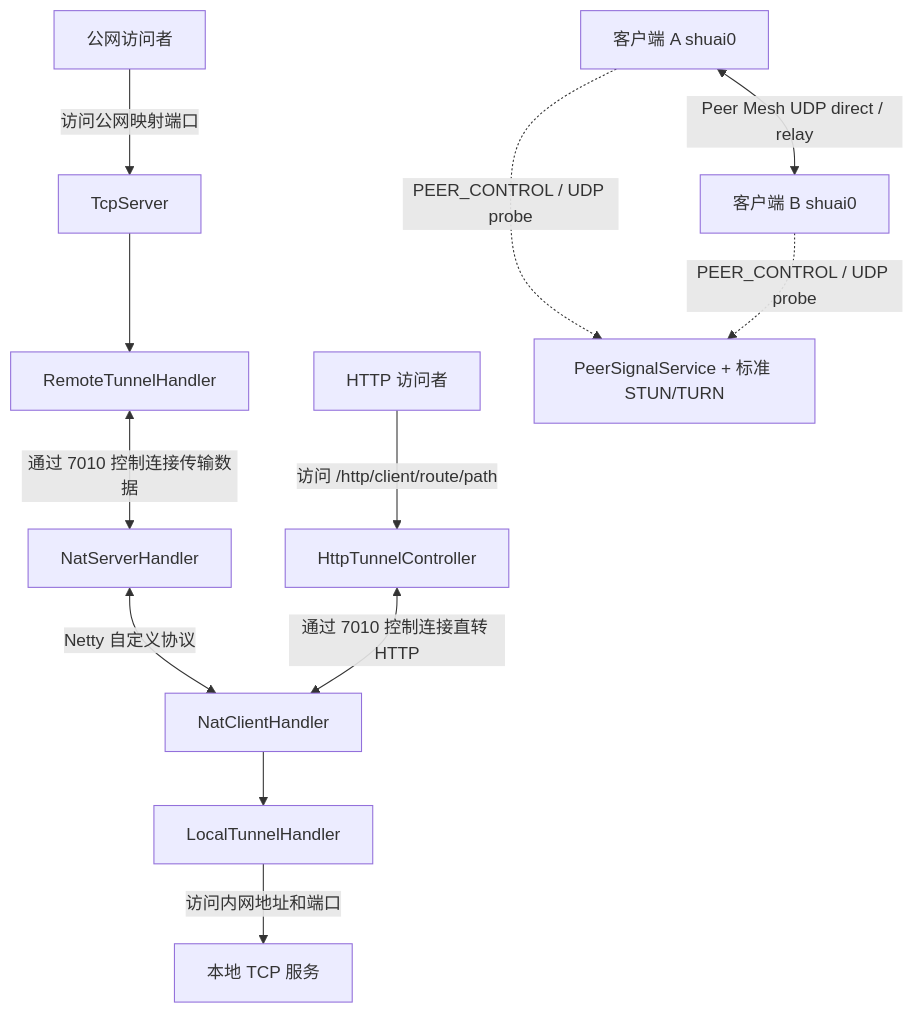
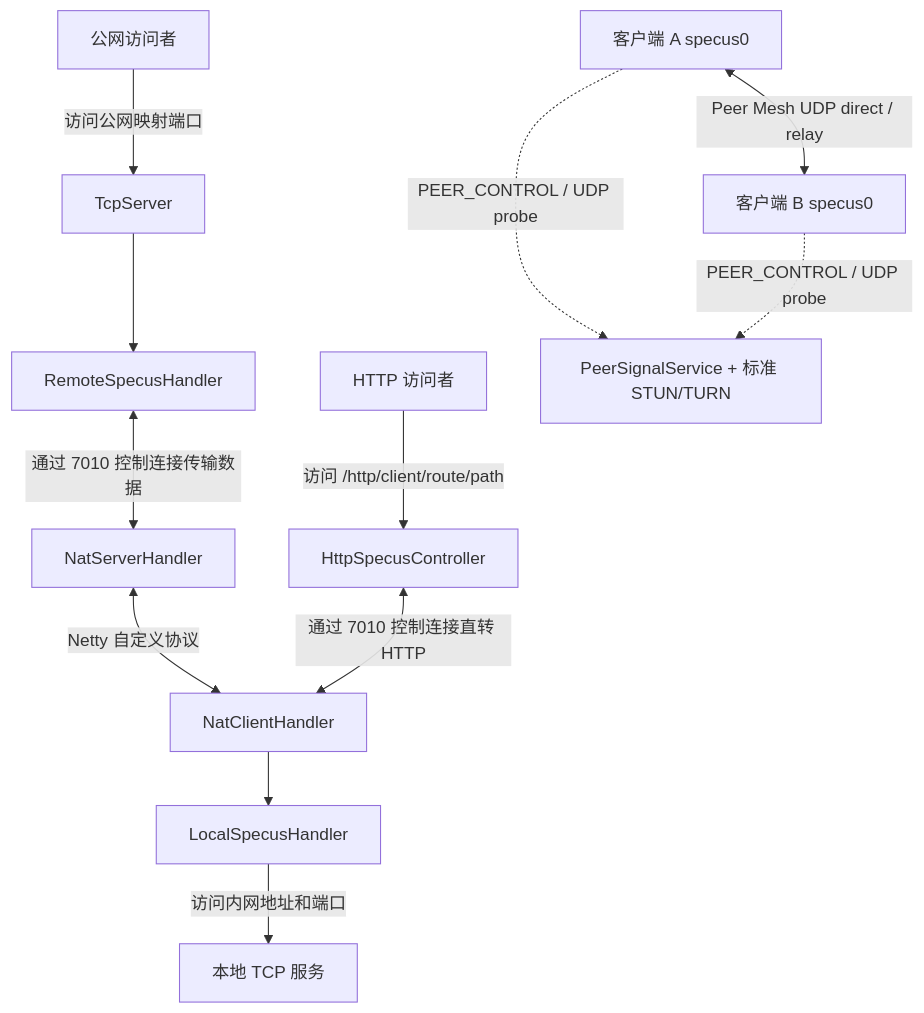
One commit to devShuai/specus changed the diagram in README.md. Above: the diagram before and after it, drawn with Mermaid. The commit also changed other lines of this file and 26 other files, not shown here.

````diff
--- a/README.md
+++ b/README.md
@@ -13,15 +16,15 @@
 ```mermaid
 flowchart TD
     U[公网访问者] -->|访问公网映射端口| P[TcpServer]
-    P --> R[RemoteTunnelHandler]
+    P --> R[RemoteSpecusHandler]
     R <-->|通过 7010 控制连接传输数据| N[NatServerHandler]
     N <-->|Netty 自定义协议| C[NatClientHandler]
-    C --> L[LocalTunnelHandler]
+    C --> L[LocalSpecusHandler]
     L -->|访问内网地址和端口| S[本地 TCP 服务]
-    H[HTTP 访问者] -->|访问 /http/client/route/path| W[HttpTunnelController]
+    H[HTTP 访问者] -->|访问 /http/client/route/path| W[HttpSpecusController]
     W <-->|通过 7010 控制连接直转 HTTP| C
     PM[PeerSignalService + 标准 STUN/TURN]
-    A[客户端 A shuai0] <-->|Peer Mesh UDP direct / relay| B[客户端 B shuai0]
+    A[客户端 A specus0] <-->|Peer Mesh UDP direct / relay| B[客户端 B specus0]
     A -.->|PEER_CONTROL / UDP probe| PM
     B -.->|PEER_CONTROL / UDP probe| PM
 ```
````
